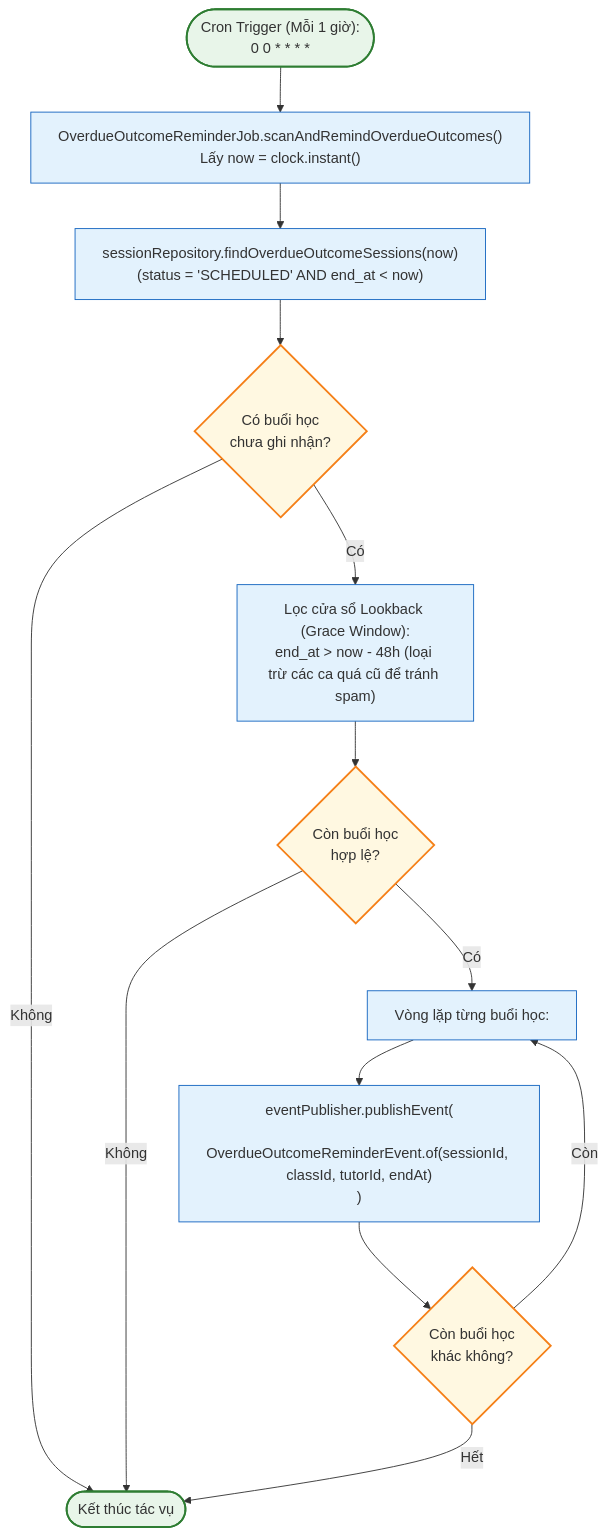
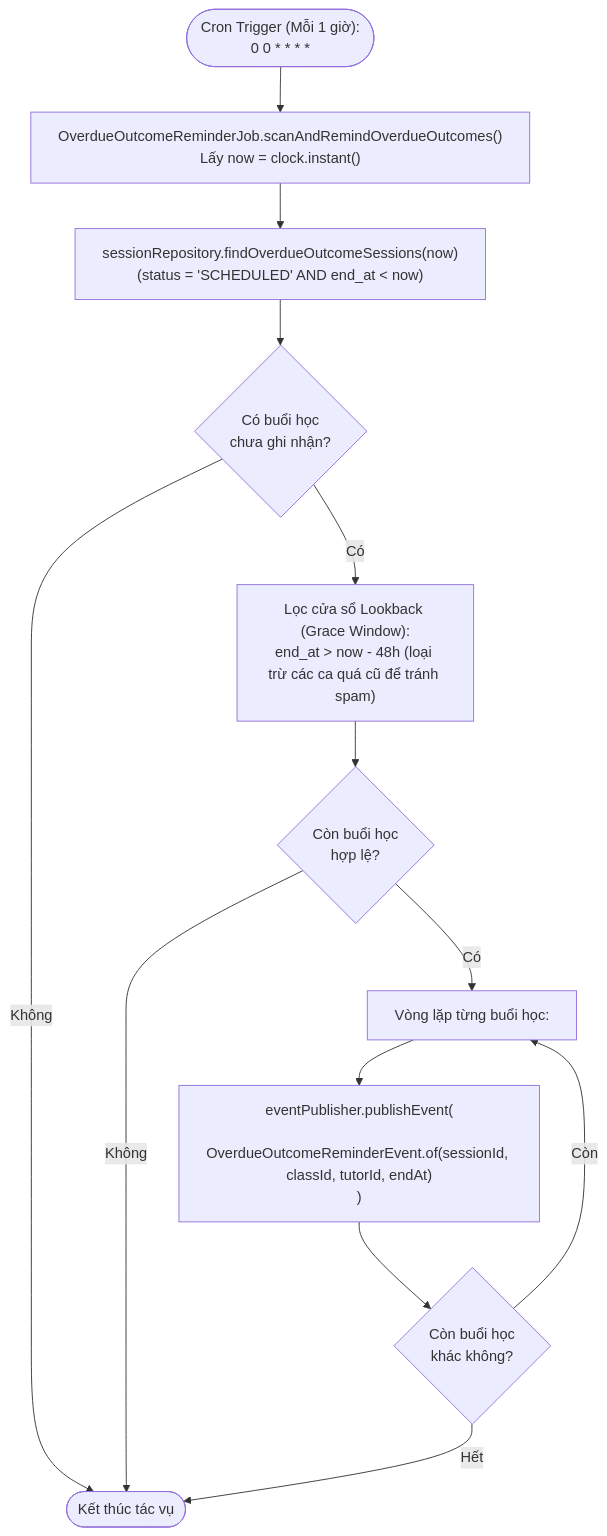
Before and after one commit to dvtrug/EduFit: diagram 18 of 21 in docs/scheduling/scheduling_implementation_plan.md, drawn with Mermaid. The commit also changed other lines of this file and 5 other files, not shown here.

````diff
--- a/docs/scheduling/scheduling_implementation_plan.md
+++ b/docs/scheduling/scheduling_implementation_plan.md
@@ -1134,27 +1134,23 @@
 ```mermaid
 flowchart TD
     CronOutcome(["Cron Trigger (Mỗi 1 giờ):\n0 0 * * * *"]) --> OutcomeStart["OverdueOutcomeReminderJob.scanAndRemindOverdueOutcomes()\nLấy now = clock.instant()"]
     
     OutcomeStart --> QueryEnded["sessionRepository.findOverdueOutcomeSessions(now)\n(status = 'SCHEDULED' AND end_at < now)"]
     QueryEnded --> HasEnded{"Có buổi học\nchưa ghi nhận?"}
     
     HasEnded -- "Không" --> OutcomeEnd(["Kết thúc tác vụ"])
     HasEnded -- "Có" --> FilterGrace["Lọc cửa sổ Lookback (Grace Window):\nend_at > now - 48h (loại trừ các ca quá cũ để tránh spam)"]
     
     FilterGrace --> HasEligible{"Còn buổi học\nhợp lệ?"}
     HasEligible -- "Không" --> OutcomeEnd
     HasEligible -- "Có" --> LoopEligible["Vòng lặp từng buổi học:"]
     
     LoopEligible --> PubOutcome["eventPublisher.publishEvent(\n  OverdueOutcomeReminderEvent.of(sessionId, classId, tutorId, endAt)\n)"]
     PubOutcome --> NextEligible{"Còn buổi học\nkhác không?"}
     NextEligible -- "Còn" --> LoopEligible
     NextEligible -- "Hết" --> OutcomeEnd
 
-    classDef proc fill:#e3f2fd,stroke:#1565c0,stroke-width:1px;
-    classDef decision fill:#fff8e1,stroke:#f57f17,stroke-width:2px;
-    classDef ok fill:#e8f5e9,stroke:#2e7d32,stroke-width:2px;
-
     class CronOutcome,OutcomeEnd ok;
     class HasEnded,HasEligible,NextEligible decision;
     class OutcomeStart,QueryEnded,FilterGrace,LoopEligible,PubOutcome proc;
 ```
````
